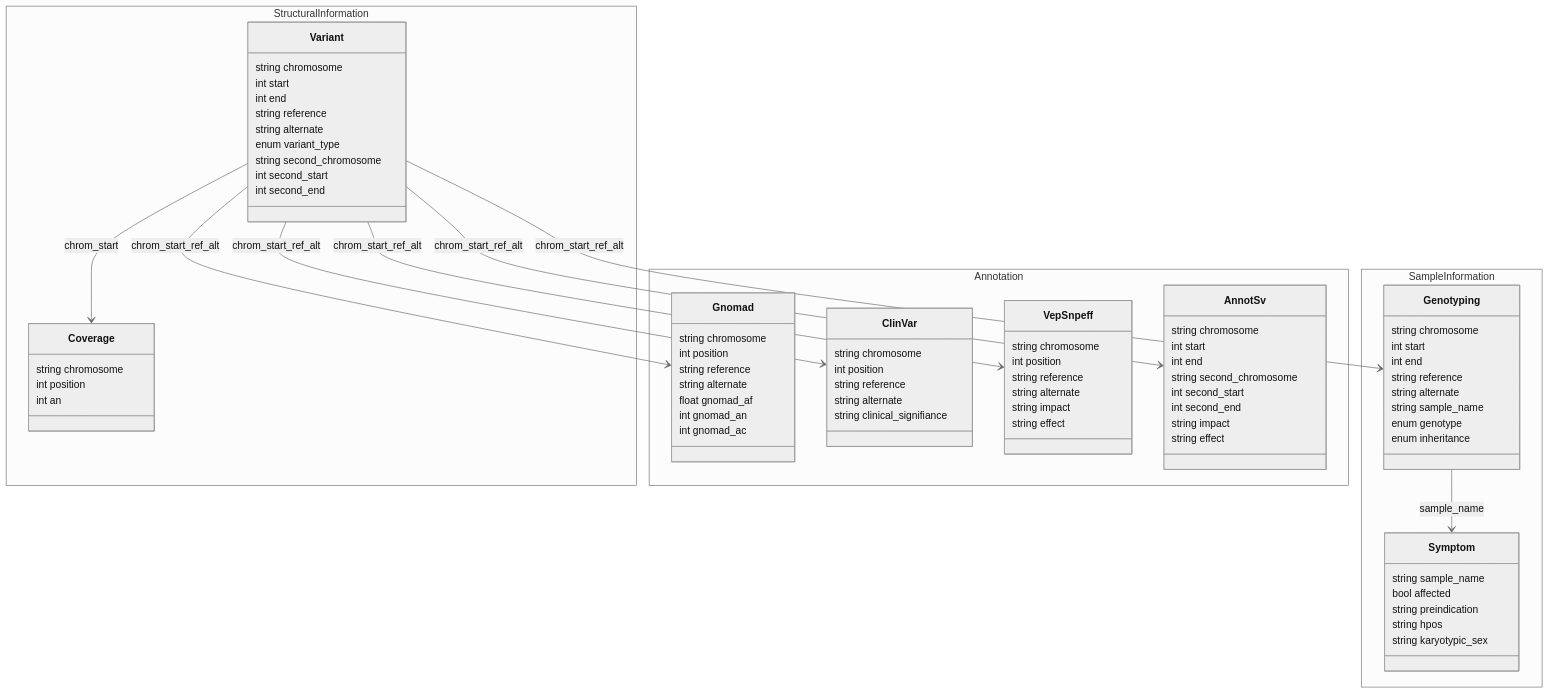
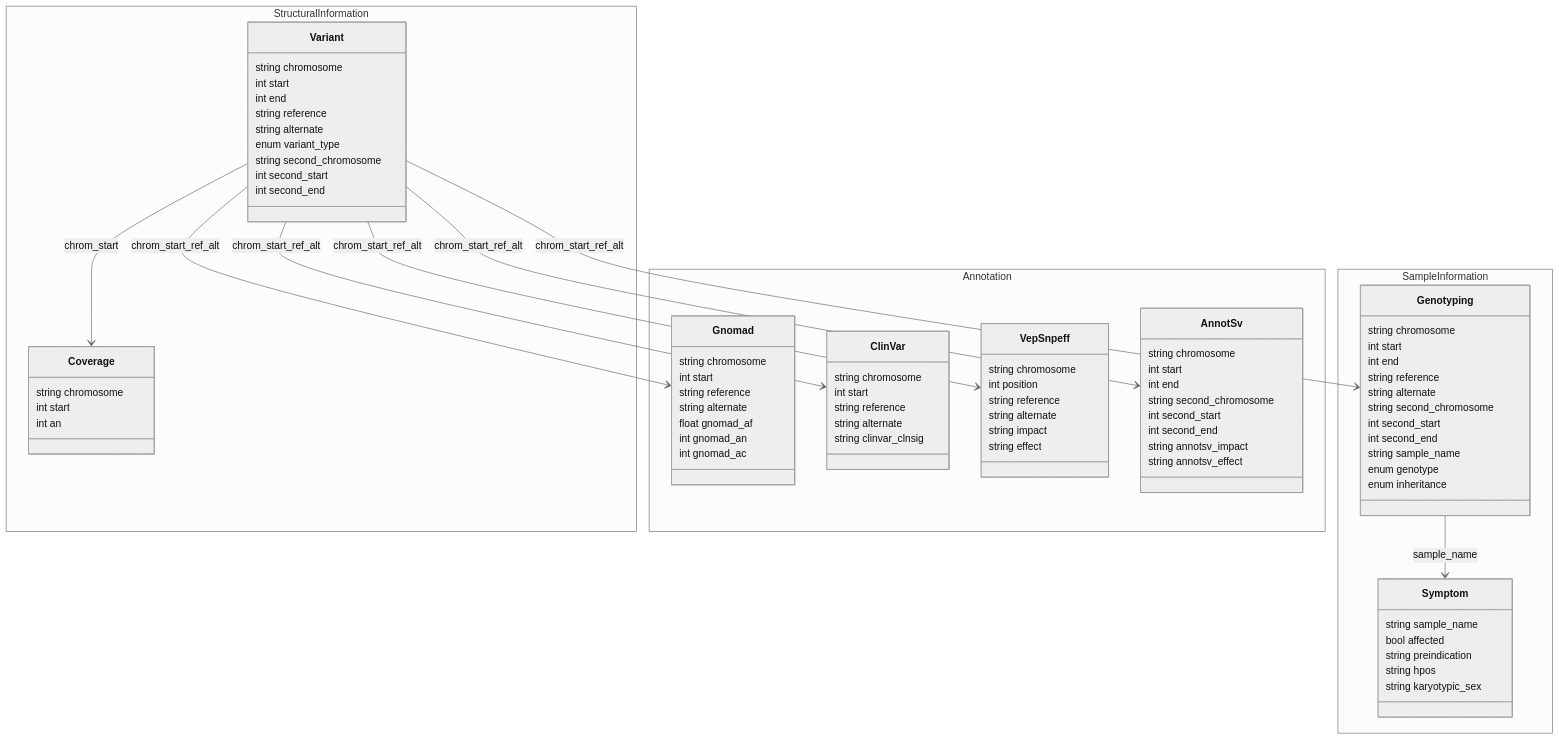
The second of 2 diagrams in Readme.md (GenomeCAD/vkb), drawn with Mermaid (neutral theme) before and after one commit. The commit also changed other lines of this file and 9 other files, not shown here.

```diff
--- a/Readme.md
+++ b/Readme.md
@@ -74,7 +74,7 @@
 
 		class Coverage {
 			string chromosome
-			int position
+			int start
 			int an
 		}
 	}
@@ -82,7 +82,7 @@
 	namespace Annotation {
 		class Gnomad {
 			string chromosome
-			int position
+			int start
 			string reference
 			string alternate
 			float gnomad_af
@@ -92,10 +92,10 @@
 
 		class ClinVar {
 			string chromosome
-			int position
+			int start
 			string reference
 			string alternate
-			string clinical_signifiance
+			string clinvar_clnsig
 		}
 
 		class VepSnpeff {
@@ -114,8 +114,8 @@
 			string second_chromosome
 			int second_start
 			int second_end
-			string impact
-			string effect
+			string annotsv_impact
+			string annotsv_effect
 		}
 	}
 
@@ -126,6 +126,9 @@
 			int end
 			string reference
 			string alternate
+			string second_chromosome
+			int second_start
+			int second_end
 			string sample_name
 			enum genotype
 			enum inheritance
```
